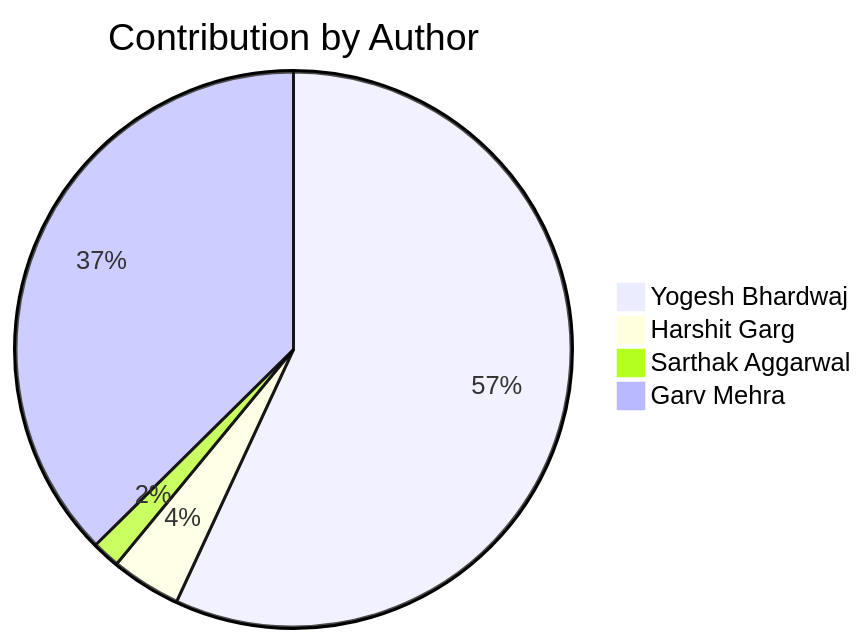
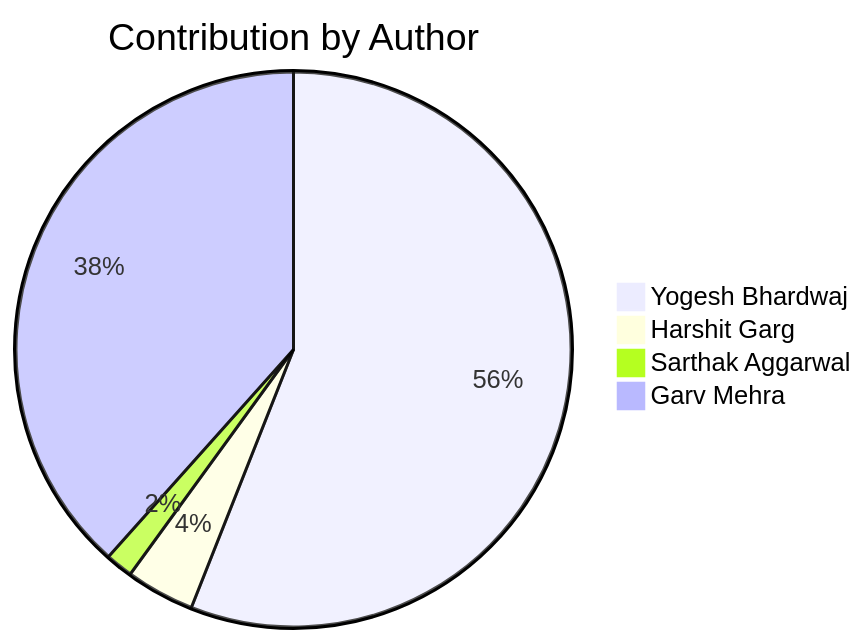
Before and after one commit to Yogesh-Bhardwaj-hue/Scm-Final_2.0: the second of 2 diagrams in README.md, drawn with Mermaid. The commit also changed other lines of this file, not shown here.

Commit message:
Update contribution charts

````diff
--- a/README.md
+++ b/README.md
@@ -183,7 +183,7 @@
 ```mermaid
 pie title Contribution by Author
     "Yogesh Bhardwaj": 70
     "Harshit Garg": 5
     "Sarthak Aggarwal": 2
-    "Garv Mehra": 46
+    "Garv Mehra": 48
 ```
````
